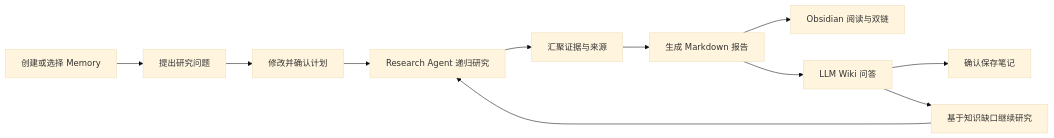
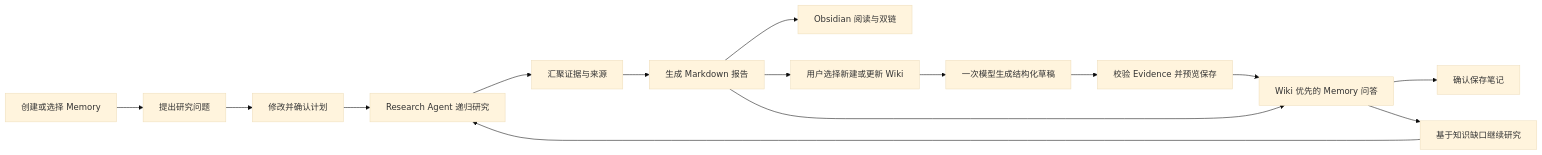
The first of 2 diagrams in README.md (boluodaixue/paperpilot), drawn with Mermaid (base theme) before and after one commit. The commit also changed other lines of this file and 17 other files, not shown here.

Commit message:
feat: add user-driven evidence-backed wiki

````diff
--- a/README.md
+++ b/README.md
@@ -75,13 +89,17 @@
 ```mermaid
 flowchart LR
     A[创建或选择 Memory] --> B[提出研究问题]
     B --> C[修改并确认计划]
     C --> D[Research Agent 递归研究]
     D --> E[汇聚证据与来源]
     E --> F[生成 Markdown 报告]
     F --> G[Obsidian 阅读与双链]
-    F --> H[LLM Wiki 问答]
+    F --> K[用户选择新建或更新 Wiki]
+    K --> L[一次模型生成结构化草稿]
+    L --> M[校验 Evidence 并预览保存]
+    M --> H[Wiki 优先的 Memory 问答]
+    F --> H
     H --> I[确认保存笔记]
     H --> J[基于知识缺口继续研究]
     J --> D
 ```
````
